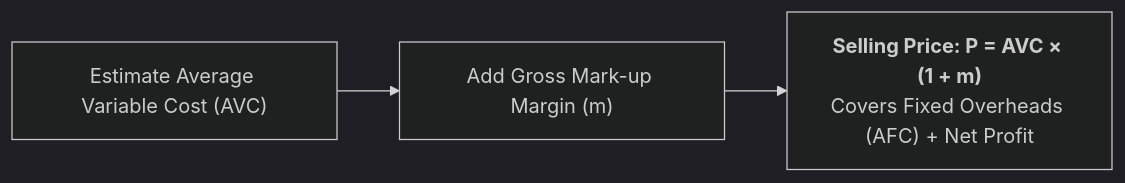
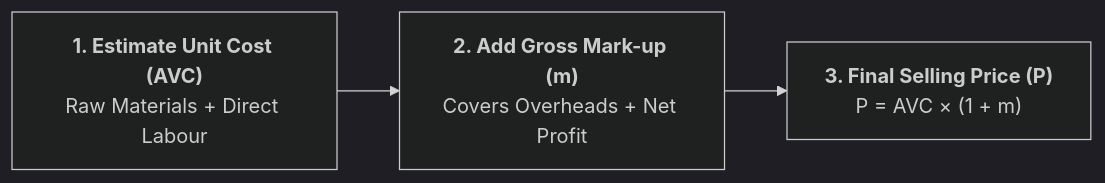
The diagram in content/notes/cost-plus-and-mark-up-pricing.md (premicist/Learn), drawn with Mermaid (dark theme) before and after one commit. The commit also changed other lines of this file and 20 other files, not shown here.

````diff
--- a/content/notes/cost-plus-and-mark-up-pricing.md
+++ b/content/notes/cost-plus-and-mark-up-pricing.md
@@ -21,5 +21,5 @@
 ```mermaid
 flowchart LR
-    A["Estimate Average Variable Cost (AVC)"] --> B["Add Gross Mark-up Margin (m)"]
-    B --> C["<b>Selling Price: P = AVC × (1 + m)</b><br>Covers Fixed Overheads (AFC) + Net Profit"]
+    A["<b>1. Estimate Unit Cost (AVC)</b><br>Raw Materials + Direct Labour"] --> B["<b>2. Add Gross Mark-up (m)</b><br>Covers Overheads + Net Profit"]
+    B --> C["<b>3. Final Selling Price (P)</b><br>P = AVC × (1 + m)"]
 ```
````
